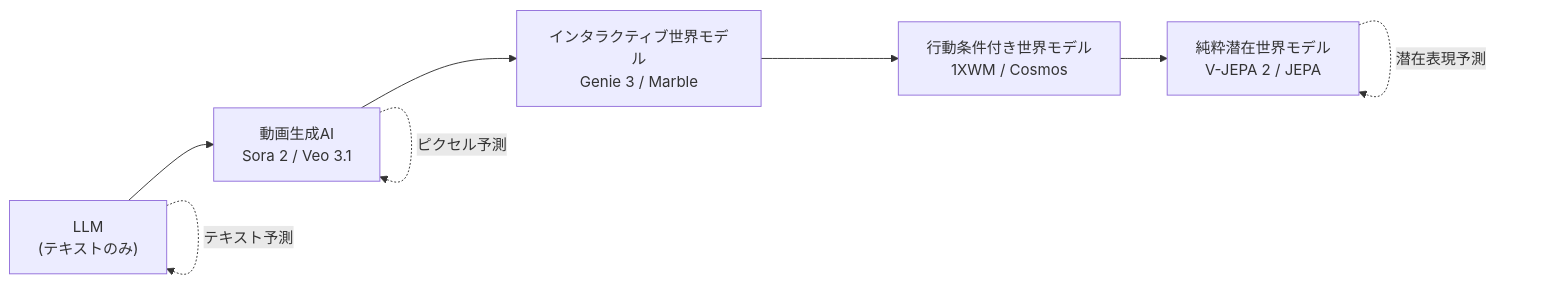
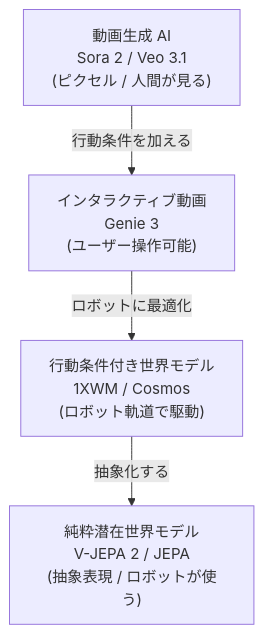
One commit to akiraak/deep-pulse changed the second of 2 diagrams in output/2026-04-28_世界モデルと動画生成AI/2026-04-28_世界モデルと動画生成AI.md. Above: the diagram before and after it, drawn with Mermaid. The commit also changed other lines of this file and 2 other files, not shown here.

````diff
--- a/output/2026-04-28_世界モデルと動画生成AI/2026-04-28_世界モデルと動画生成AI.md
+++ b/output/2026-04-28_世界モデルと動画生成AI/2026-04-28_世界モデルと動画生成AI.md
@@ -160,10 +197,10 @@
 ```mermaid
-flowchart LR
-    A["LLM\n(テキストのみ)"] --> B["動画生成AI\nSora 2 / Veo 3.1"]
-    B --> C["インタラクティブ世界モデル\nGenie 3 / Marble"]
-    C --> D["行動条件付き世界モデル\n1XWM / Cosmos"]
-    D --> E["純粋潜在世界モデル\nV-JEPA 2 / JEPA"]
-    A -.->|"テキスト予測"| A
-    B -.->|"ピクセル予測"| B
-    E -.->|"潜在表現予測"| E
+flowchart TD
+    A["動画生成 AI\nSora 2 / Veo 3.1\n(ピクセル / 人間が見る)"]
+    B["インタラクティブ動画\nGenie 3\n(ユーザー操作可能)"]
+    C["行動条件付き世界モデル\n1XWM / Cosmos\n(ロボット軌道で駆動)"]
+    D["純粋潜在世界モデル\nV-JEPA 2 / JEPA\n(抽象表現 / ロボットが使う)"]
+    A -->|"行動条件を加える"| B
+    B -->|"ロボットに最適化"| C
+    C -->|"抽象化する"| D
 ```
````
